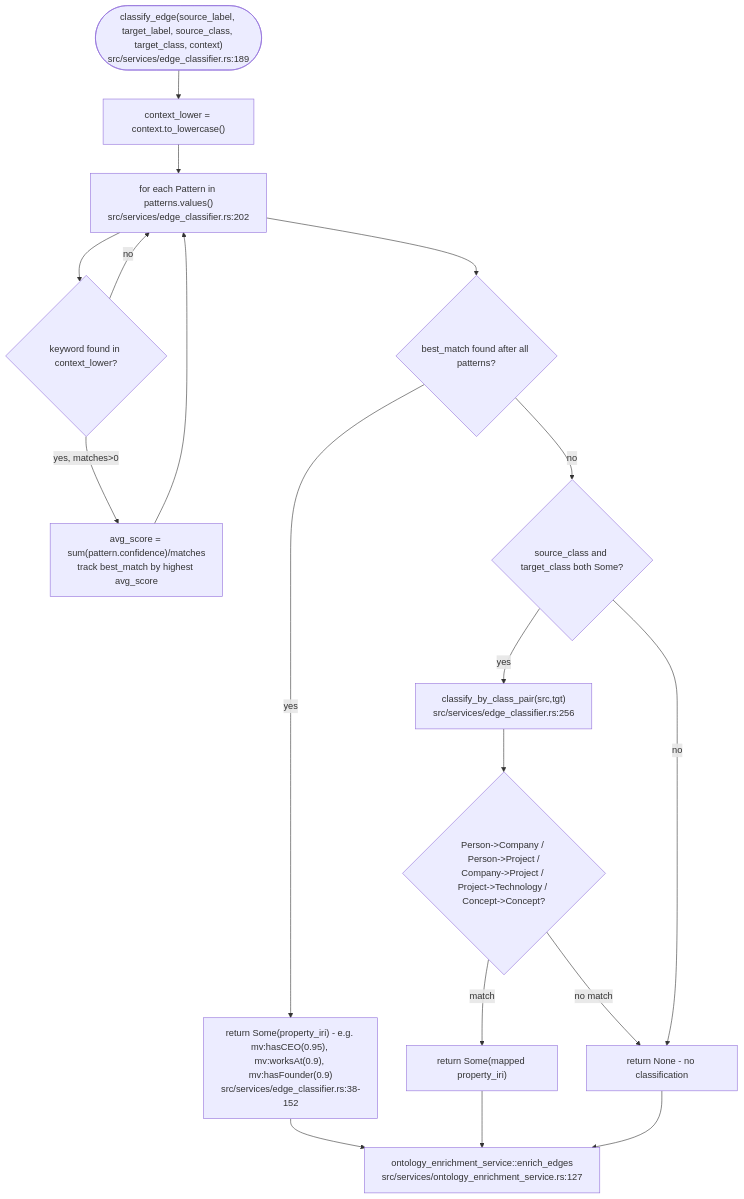
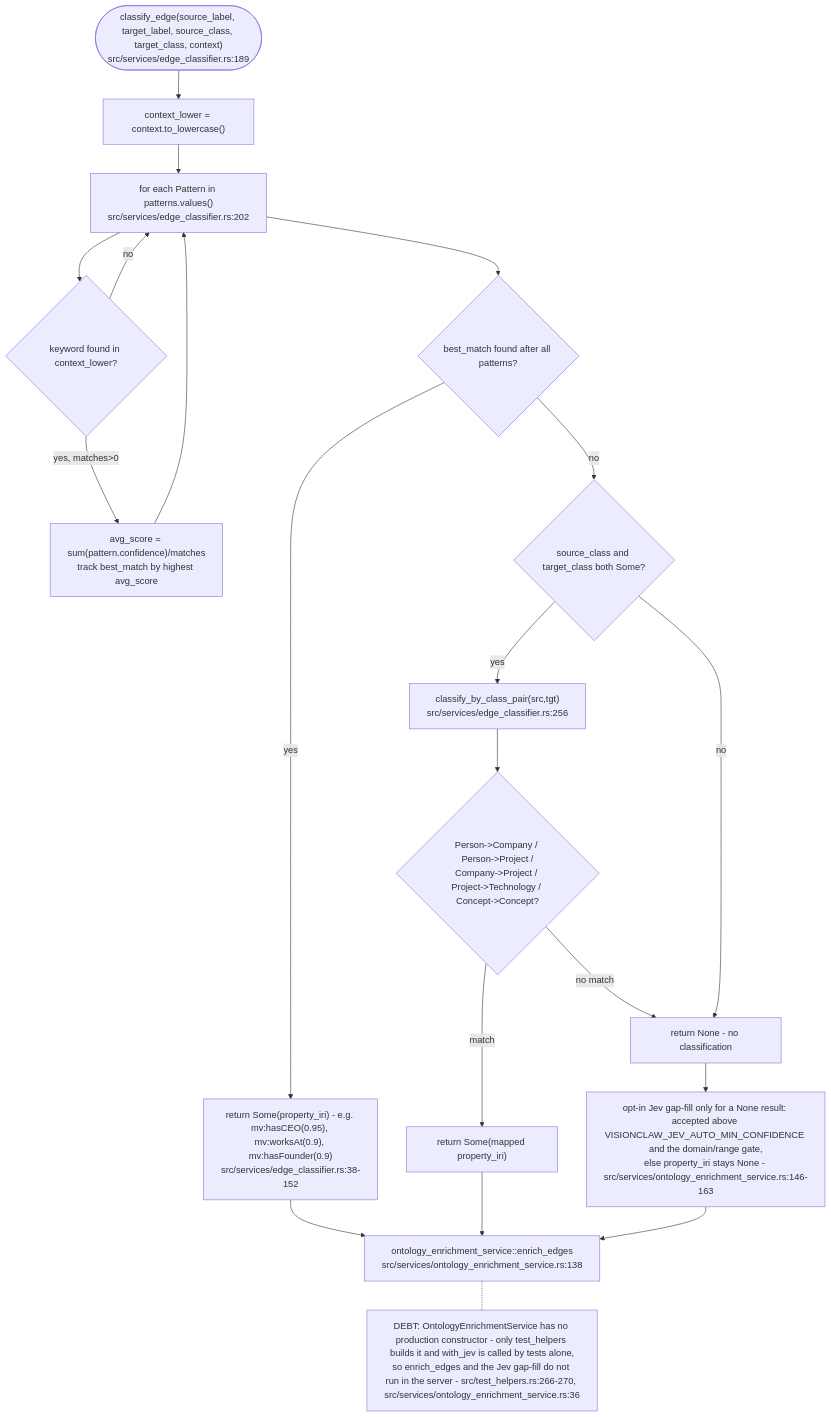
The ninth of 11 diagrams in docs/diagrams/visionclaw/25-insight-kpi-nlq-semantics.md (DreamLab-AI/VisionFlow), drawn with Mermaid before and after one commit. The commit also changed other lines of this file and 160 other files, not shown here.

````diff
--- a/docs/diagrams/visionclaw/25-insight-kpi-nlq-semantics.md
+++ b/docs/diagrams/visionclaw/25-insight-kpi-nlq-semantics.md
@@ -388,20 +393,23 @@
 ```mermaid
 flowchart TD
     Start(["classify_edge(source_label, target_label, source_class, target_class, context)<br/>src/services/edge_classifier.rs:189"]) --> Lower["context_lower = context.to_lowercase()"]
     Lower --> Loop["for each Pattern in patterns.values()<br/>src/services/edge_classifier.rs:202"]
     Loop --> Match{"keyword found in context_lower?"}
     Match -->|"yes, matches>0"| Score["avg_score = sum(pattern.confidence)/matches<br/>track best_match by highest avg_score"]
     Match -->|no| Loop
     Score --> Loop
     Loop --> Done{"best_match found after all patterns?"}
     Done -->|yes| ReturnMatch["return Some(property_iri) - e.g. mv:hasCEO(0.95), mv:worksAt(0.9), mv:hasFounder(0.9)<br/>src/services/edge_classifier.rs:38-152"]
     Done -->|no| Fallback{"source_class and target_class both Some?"}
     Fallback -->|yes| ClassPair["classify_by_class_pair(src,tgt)<br/>src/services/edge_classifier.rs:256"]
     ClassPair --> Pairs{"Person->Company / Person->Project /<br/>Company->Project / Project->Technology / Concept->Concept?"}
     Pairs -->|match| ReturnFallback["return Some(mapped property_iri)"]
     Pairs -->|no match| ReturnNone["return None - no classification"]
     Fallback -->|no| ReturnNone
-    ReturnMatch --> Caller["ontology_enrichment_service::enrich_edges<br/>src/services/ontology_enrichment_service.rs:127"]
+    ReturnMatch --> Caller["ontology_enrichment_service::enrich_edges<br/>src/services/ontology_enrichment_service.rs:138"]
     ReturnFallback --> Caller
-    ReturnNone --> Caller
+    ReturnNone --> Jev["opt-in Jev gap-fill only for a None result: accepted above VISIONCLAW_JEV_AUTO_MIN_CONFIDENCE and the domain/range gate,<br/>else property_iri stays None - src/services/ontology_enrichment_service.rs:146-163"]
+    Jev --> Caller
+    Debt["DEBT: OntologyEnrichmentService has no production constructor - only test_helpers builds it and with_jev is called by tests alone,<br/>so enrich_edges and the Jev gap-fill do not run in the server - src/test_helpers.rs:266-270, src/services/ontology_enrichment_service.rs:36"]
+    Caller -.- Debt
 ```
````
